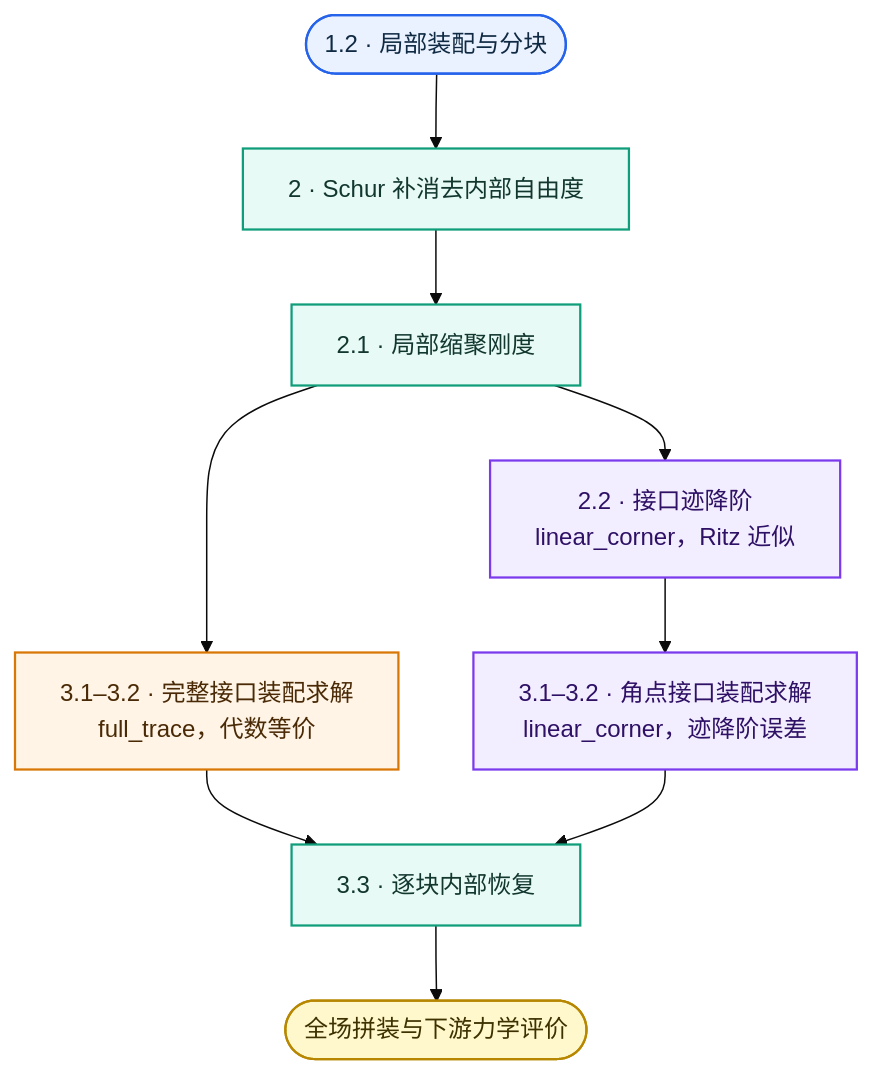
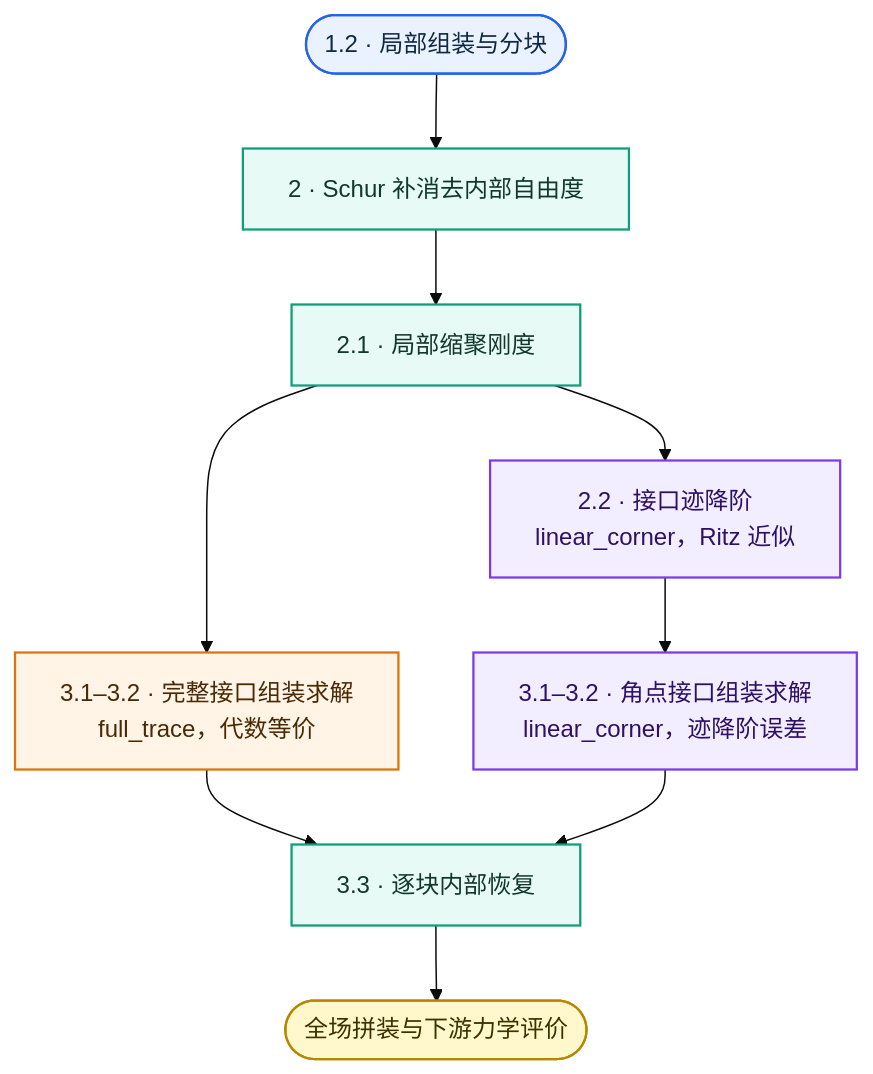
One commit to brighthe/dut-postdoc changed the diagram in concepts/exact-substructural.md. Above: the diagram before and after it, drawn with Mermaid (base theme). The commit also changed other lines of this file and 4 other files, not shown here.

````diff
--- a/concepts/exact-substructural.md
+++ b/concepts/exact-substructural.md
@@ -28,32 +28,32 @@
 ```mermaid
 flowchart TD
-    A1(["1.2 · 局部装配与分块"])
+    A1(["1.2 · 局部组装与分块"])
     A2["2 · Schur 补消去内部自由度"]
     M1["2.1 · 局部缩聚刚度"]
     M2["2.2 · 接口迹降阶<br/>linear_corner，Ritz 近似"]
-    B1["3.1–3.2 · 完整接口装配求解<br/>full_trace，代数等价"]
-    B2["3.1–3.2 · 角点接口装配求解<br/>linear_corner，迹降阶误差"]
+    B1["3.1–3.2 · 完整接口组装求解<br/>full_trace，代数等价"]
+    B2["3.1–3.2 · 角点接口组装求解<br/>linear_corner，迹降阶误差"]
     C1["3.3 · 逐块内部恢复"]
     C2(["全场拼装与下游力学评价"])
 
     A1 --> A2
     A2 --> M1
     M1 --> B1
     M1 --> M2
     M2 --> B2
     B1 --> C1
     B2 --> C1
     C1 --> C2
 
     classDef input fill:#EAF2FF,stroke:#2563EB,color:#102A43,stroke-width:1.5px;
     classDef local fill:#E8FAF5,stroke:#0F9D7A,color:#12372F,stroke-width:1.5px;
     classDef exact fill:#FFF4E5,stroke:#D97706,color:#4A2A06,stroke-width:1.5px;
     classDef reduced fill:#F3EEFF,stroke:#7C3AED,color:#2E1065,stroke-width:1.5px;
     classDef downstream fill:#FFF8CC,stroke:#B88700,color:#3D3100,stroke-width:1.5px;
 
     class A1 input;
     class A2,M1,C1 local;
     class B1 exact;
     class M2,B2 reduced;
     class C2 downstream;
 ```
````
